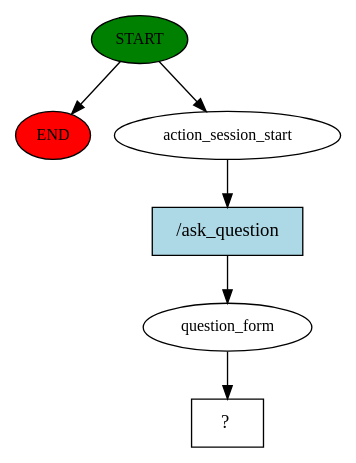
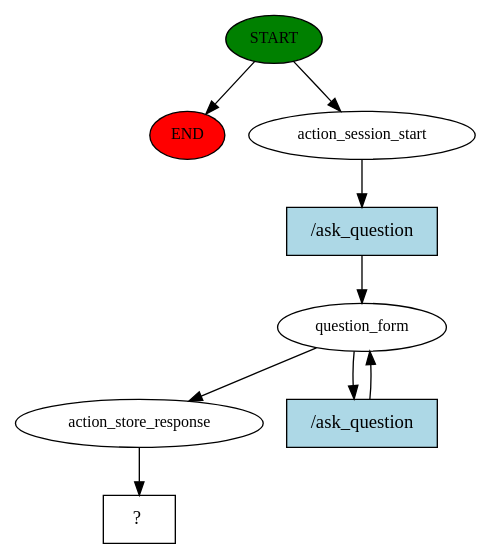
Before and after one commit to AIAnupSHrestha/amelia-chatbot: the diagram in story_graph.dot, drawn with Graphviz. The commit also changed 6 other files, not shown here.

```diff
--- a/story_graph.dot
+++ b/story_graph.dot
@@ -1,13 +1,18 @@
 digraph  {
 0 [class="start active", fillcolor=green, fontsize=12, label=START, style=filled];
 "-1" [class=end, fillcolor=red, fontsize=12, label=END, style=filled];
 1 [class=active, fontsize=12, label=action_session_start];
 2 [class=active, fontsize=12, label=question_form];
-3 [class="intent dashed active", label="  ?  ", shape=rect];
-4 [class="intent active", fillcolor=lightblue, label="/ask_question", shape=rect, style=filled];
+8 [class=active, fontsize=12, label=action_store_response];
+9 [class="intent dashed active", label="  ?  ", shape=rect];
+10 [class="intent active", fillcolor=lightblue, label="/ask_question", shape=rect, style=filled];
+11 [class="intent active", fillcolor=lightblue, label="/ask_question", shape=rect, style=filled];
 0 -> "-1"  [class="", key=NONE, label=""];
 0 -> 1  [class=active, key=NONE, label=""];
-1 -> 4  [class=active, key=0];
-2 -> 3  [class=active, key=NONE, label=""];
-4 -> 2  [class=active, key=0];
+1 -> 10  [class=active, key=0];
+2 -> 8  [class=active, key=NONE, label=""];
+2 -> 11  [class=active, key=0];
+8 -> 9  [class=active, key=NONE, label=""];
+10 -> 2  [class=active, key=0];
+11 -> 2  [class=active, key=0];
 }
```
